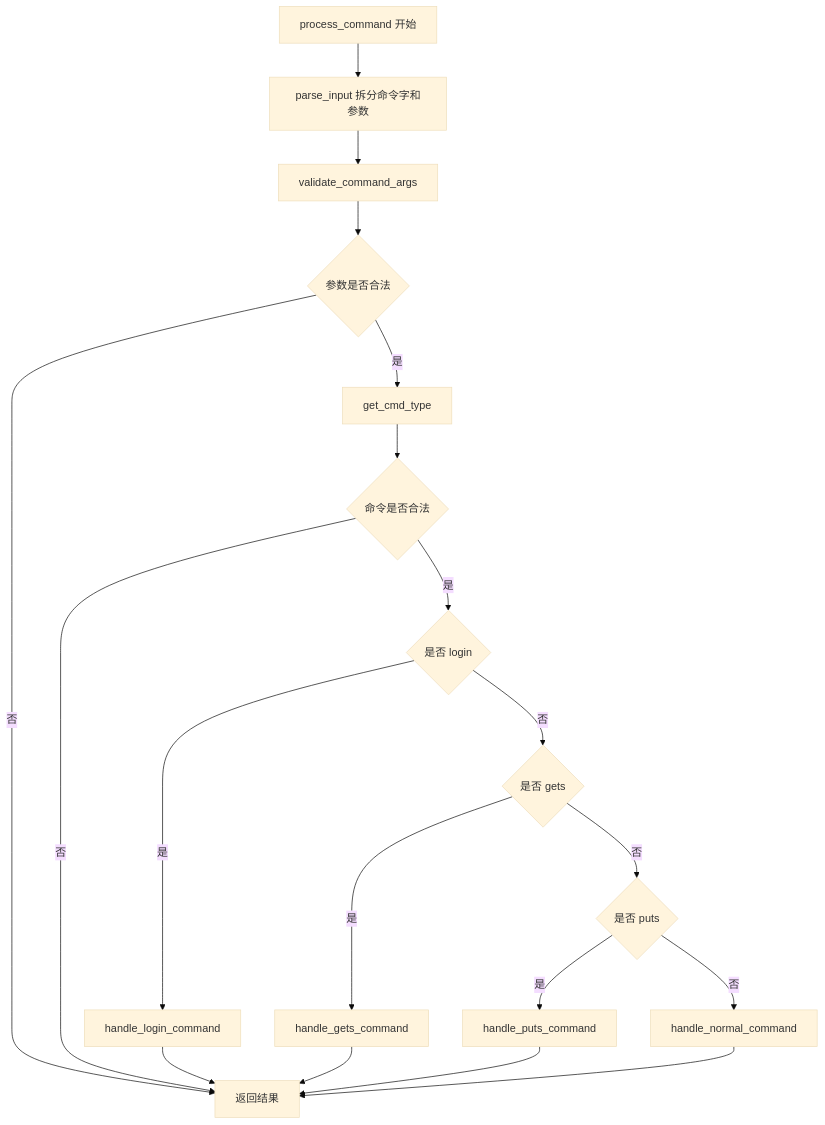
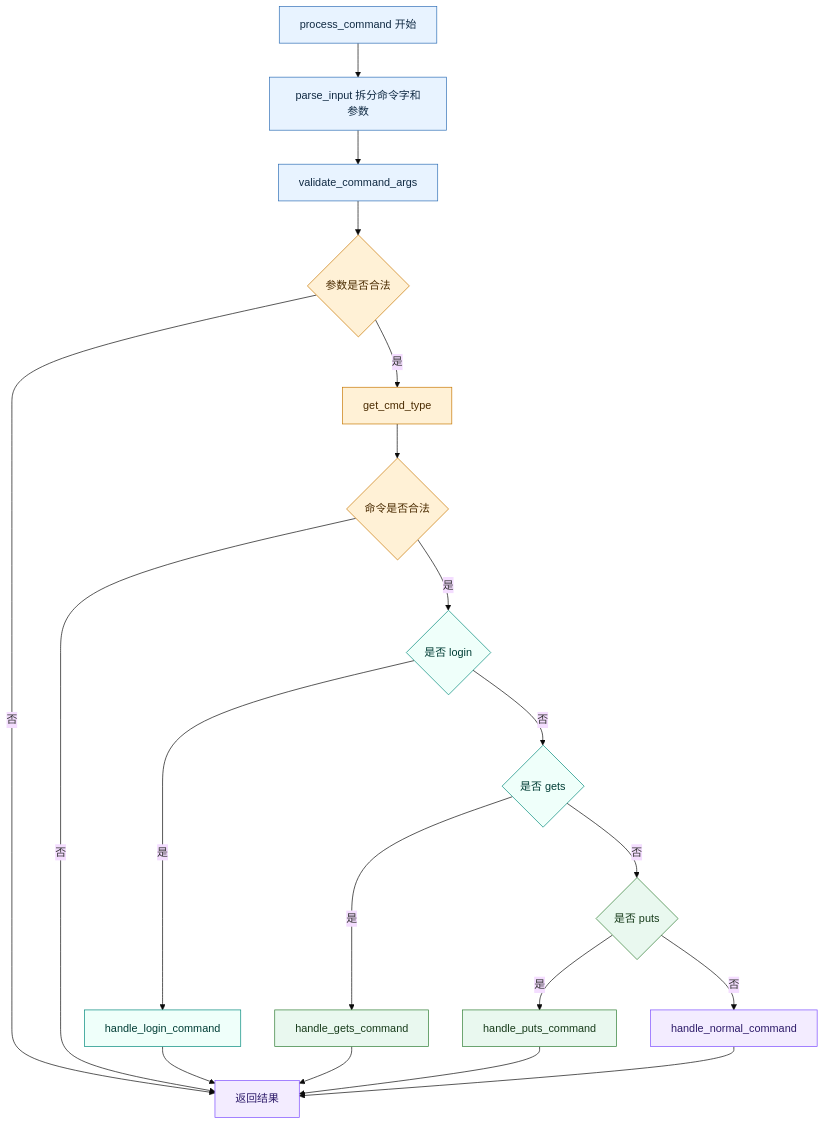
Before and after one commit to panlong-studio/WindCloud_V4: the sixth of 20 diagrams in docs/V5全流程活动图详解.md, drawn with Mermaid (base theme). The commit also changed other lines of this file and 5 other files, not shown here.

````diff
--- a/docs/V5全流程活动图详解.md
+++ b/docs/V5全流程活动图详解.md
@@ -343,29 +410,41 @@
 ```mermaid
 flowchart TD
     P0[process_command 开始]
     P1[parse_input 拆分命令字和参数]
     P2[validate_command_args]
     P3{参数是否合法}
     P4[get_cmd_type]
     P5{命令是否合法}
     P6{是否 login}
     P7[handle_login_command]
     P8{是否 gets}
     P9[handle_gets_command]
     P10{是否 puts}
     P11[handle_puts_command]
     P12[handle_normal_command]
     P13[返回结果]
 
     P0 --> P1 --> P2 --> P3
     P3 -- 否 --> P13
     P3 -- 是 --> P4 --> P5
     P5 -- 否 --> P13
     P5 -- 是 --> P6
     P6 -- 是 --> P7 --> P13
     P6 -- 否 --> P8
     P8 -- 是 --> P9 --> P13
     P8 -- 否 --> P10
     P10 -- 是 --> P11 --> P13
     P10 -- 否 --> P12 --> P13
+    classDef phase1 fill:#E8F3FF,stroke:#2F6FB6,color:#102A43
+    classDef phase2 fill:#FFF1D6,stroke:#C77700,color:#4A2B00
+    classDef phase3 fill:#EFFFFA,stroke:#00897B,color:#003D35
+    classDef phase4 fill:#E9F8EF,stroke:#2E7D32,color:#173B1A
+    classDef phase5 fill:#F3ECFF,stroke:#7C4DFF,color:#2D1B69
+    classDef fail fill:#FFECEC,stroke:#C62828,color:#4A0D0D
+
+    class P0,P1,P2 phase1
+    class P3,P4,P5 phase2
+    class P6,P7,P8 phase3
+    class P9,P10,P11 phase4
+    class P12,P13 phase5
 ```
````
